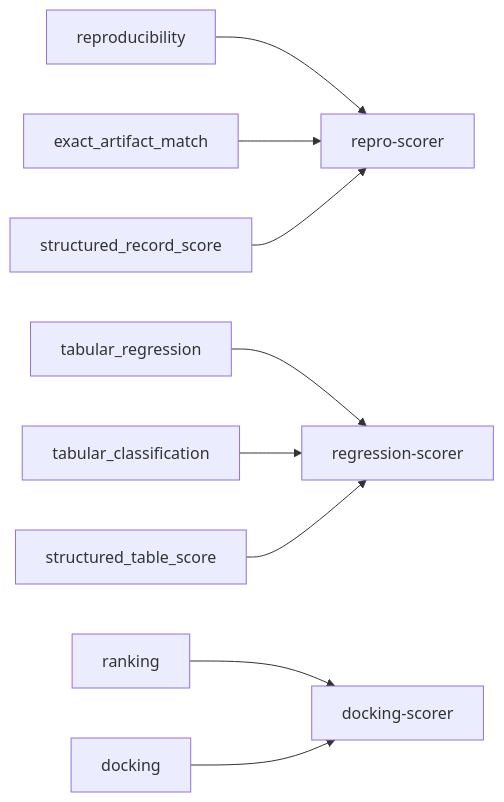
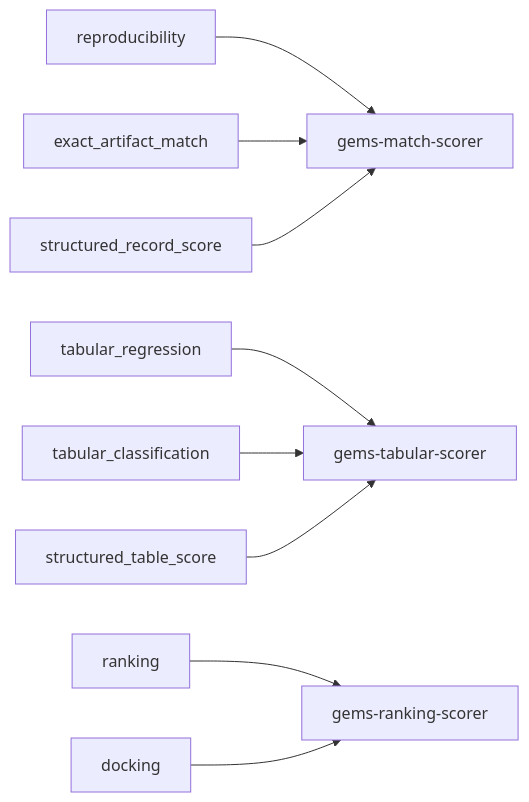
One commit to andymolecule/Agora changed the third of 9 diagrams in docs/system-anatomy.md. Above: the diagram before and after it, drawn with Mermaid. The commit also changed other lines of this file and 66 other files, not shown here.

````diff
--- a/docs/system-anatomy.md
+++ b/docs/system-anatomy.md
@@ -189,13 +189,13 @@
 ```mermaid
 flowchart LR
-    R1["reproducibility"] --> I1["repro-scorer"]
+    R1["reproducibility"] --> I1["gems-match-scorer"]
     R2["exact_artifact_match"] --> I1
     R3["structured_record_score"] --> I1
 
-    T1["tabular_regression"] --> I2["regression-scorer"]
+    T1["tabular_regression"] --> I2["gems-tabular-scorer"]
     T2["tabular_classification"] --> I2
     T3["structured_table_score"] --> I2
 
-    K1["ranking"] --> I3["docking-scorer"]
+    K1["ranking"] --> I3["gems-ranking-scorer"]
     K2["docking"] --> I3
 ```
````
